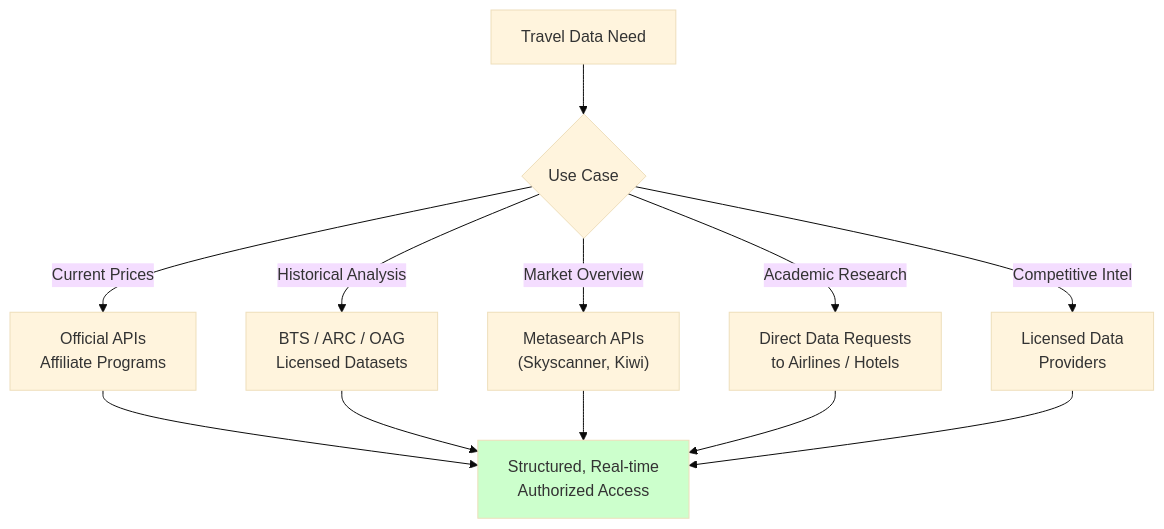
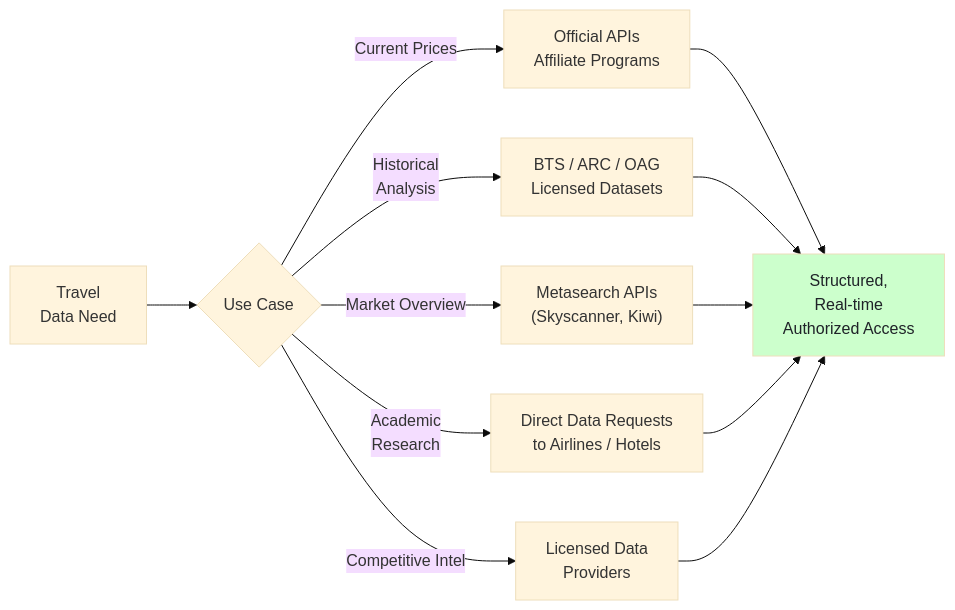
Before and after one commit to bytetunnels/bytetunnels.github.com: the third of 3 diagrams in _posts/2026-02-16-bypassing-anti-bot-travel-sites-without-violating-tos.md, drawn with Mermaid (base theme). The commit also changed other lines of this file and 118 other files, not shown here.

Commit message:
feat: improve diagram styling and compact wide flowcharts

````diff
--- a/_posts/2026-02-16-bypassing-anti-bot-travel-sites-without-violating-tos.md
+++ b/_posts/2026-02-16-bypassing-anti-bot-travel-sites-without-violating-tos.md
@@ -277,17 +277,17 @@
 ```mermaid
-flowchart TD
-    A["Travel Data Need"] --> B{"Use Case"}
-    B -->|"Current Prices"| C["Official APIs<br>Affiliate Programs"]
-    B -->|"Historical Analysis"| D["BTS / ARC / OAG<br>Licensed Datasets"]
-    B -->|"Market Overview"| E["Metasearch APIs<br>(Skyscanner, Kiwi)"]
-    B -->|"Academic Research"| F["Direct Data Requests<br>to Airlines / Hotels"]
-    B -->|"Competitive Intel"| G["Licensed Data<br>Providers"]
+flowchart LR
+    A["Travel<br/>Data Need"] --> B{"Use Case"}
+    B -->|"Current Prices"| C["Official APIs<br/>Affiliate Programs"]
+    B -->|"Historical<br/>Analysis"| D["BTS / ARC / OAG<br/>Licensed Datasets"]
+    B -->|"Market Overview"| E["Metasearch APIs<br/>(Skyscanner, Kiwi)"]
+    B -->|"Academic<br/>Research"| F["Direct Data Requests<br/>to Airlines / Hotels"]
+    B -->|"Competitive Intel"| G["Licensed Data<br/>Providers"]
 
-    C --> H["Structured, Real-time<br>Authorized Access"]
+    C --> H["Structured,<br/>Real-time<br/>Authorized Access"]
     D --> H
     E --> H
     F --> H
     G --> H
 
-    style H fill:#ccffcc
+    style H fill:#ccffcc,color:#1f2328
 ```
````
